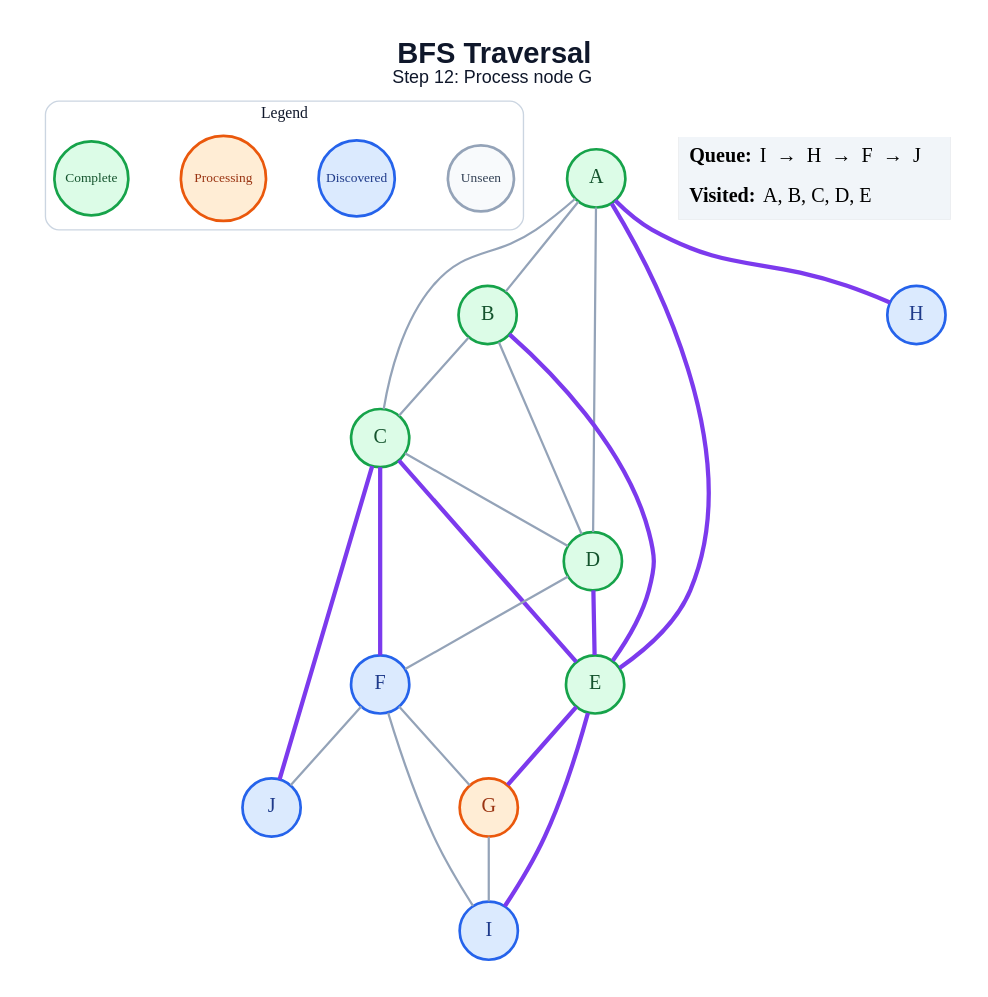
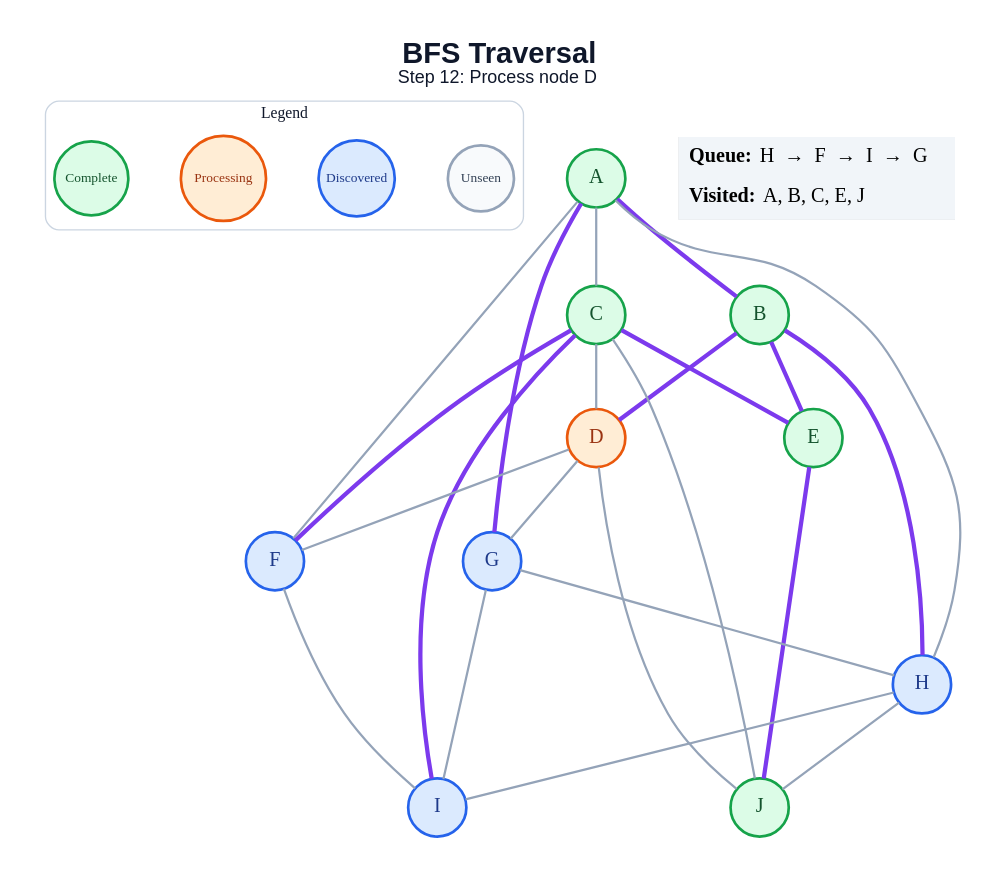
Before and after one commit to amanghodawala9/ai-slop: the diagram in generated/specific-node/bfs/step_12.dot, drawn with Graphviz. The commit also changed 178 other files, not shown here.

```diff
--- a/generated/specific-node/bfs/step_12.dot
+++ b/generated/specific-node/bfs/step_12.dot
@@ -1,49 +1,51 @@
 graph traversal {
   graph [layout=dot, rankdir=TB, bgcolor="#FFFFFF", pad="0.35", nodesep="0.65", ranksep="0.8", fontname="Arial"];
   node [shape=circle, style="filled", fontname="Arial Bold", fontsize=18, width=0.72, fixedsize=true, penwidth=2.4];
   edge [color="#94A3B8", penwidth=2.0];
-  label=<<B>BFS Traversal</B><BR/><FONT POINT-SIZE="16">Step 12: Process node G</FONT>>; labelloc="t"; fontsize=26; fontname="Arial"; fontcolor="#0F172A";
+  label=<<B>BFS Traversal</B><BR/><FONT POINT-SIZE="16">Step 12: Process node D</FONT>>; labelloc="t"; fontsize=26; fontname="Arial"; fontcolor="#0F172A";
   subgraph cluster_legend { label="Legend"; color="#CBD5E1"; penwidth=1.2; style="rounded"; fontsize=14; fontname="Arial Bold";
     key_unseen [label="Unseen", fillcolor="#F8FAFC", color="#94A3B8", fontcolor="#334155", fontsize=12, width=0.82];
     key_frontier [label="Discovered", fillcolor="#DBEAFE", color="#2563EB", fontcolor="#1E3A8A", fontsize=12, width=0.95];
     key_current [label="Processing", fillcolor="#FFEDD5", color="#EA580C", fontcolor="#9A3412", fontsize=12, width=1.05];
     key_done [label="Complete", fillcolor="#DCFCE7", color="#16A34A", fontcolor="#14532D", fontsize=12, width=0.92];
     { rank=same; key_unseen; key_frontier; key_current; key_done; }
   }
   A [fillcolor="#DCFCE7", color="#16A34A", fontcolor="#14532D"];
   B [fillcolor="#DCFCE7", color="#16A34A", fontcolor="#14532D"];
   C [fillcolor="#DCFCE7", color="#16A34A", fontcolor="#14532D"];
-  D [fillcolor="#DCFCE7", color="#16A34A", fontcolor="#14532D"];
+  D [fillcolor="#FFEDD5", color="#EA580C", fontcolor="#9A3412"];
   E [fillcolor="#DCFCE7", color="#16A34A", fontcolor="#14532D"];
   F [fillcolor="#DBEAFE", color="#2563EB", fontcolor="#1E3A8A"];
-  G [fillcolor="#FFEDD5", color="#EA580C", fontcolor="#9A3412"];
+  G [fillcolor="#DBEAFE", color="#2563EB", fontcolor="#1E3A8A"];
   H [fillcolor="#DBEAFE", color="#2563EB", fontcolor="#1E3A8A"];
   I [fillcolor="#DBEAFE", color="#2563EB", fontcolor="#1E3A8A"];
-  J [fillcolor="#DBEAFE", color="#2563EB", fontcolor="#1E3A8A"];
-  A -- B;
+  J [fillcolor="#DCFCE7", color="#16A34A", fontcolor="#14532D"];
+  A -- B [color="#7C3AED", penwidth=3.8];
   A -- C;
-  A -- D;
-  A -- E [color="#7C3AED", penwidth=3.8];
-  A -- H [color="#7C3AED", penwidth=3.8];
-  B -- C;
-  B -- D;
+  A -- F;
+  A -- G [color="#7C3AED", penwidth=3.8];
+  A -- H;
+  B -- D [color="#7C3AED", penwidth=3.8];
   B -- E [color="#7C3AED", penwidth=3.8];
+  B -- H [color="#7C3AED", penwidth=3.8];
   C -- D;
   C -- E [color="#7C3AED", penwidth=3.8];
   C -- F [color="#7C3AED", penwidth=3.8];
-  C -- J [color="#7C3AED", penwidth=3.8];
-  D -- E [color="#7C3AED", penwidth=3.8];
+  C -- I [color="#7C3AED", penwidth=3.8];
+  C -- J;
   D -- F;
-  E -- G [color="#7C3AED", penwidth=3.8];
-  E -- I [color="#7C3AED", penwidth=3.8];
-  F -- G;
+  D -- G;
+  D -- J;
+  E -- J [color="#7C3AED", penwidth=3.8];
   F -- I;
-  F -- J;
+  G -- H;
   G -- I;
+  H -- I;
+  H -- J;
   status [shape=plain, fixedsize=false, width=0, height=0, margin=0, label=<
     <TABLE BORDER="0" CELLBORDER="0" CELLPADDING="7" BGCOLOR="#F1F5F9">
-      <TR><TD ALIGN="LEFT"><B>Queue:</B> I  →  H  →  F  →  J</TD></TR>
-      <TR><TD ALIGN="LEFT"><B>Visited:</B> A, B, C, D, E</TD></TR>
+      <TR><TD ALIGN="LEFT"><B>Queue:</B> H  →  F  →  I  →  G</TD></TR>
+      <TR><TD ALIGN="LEFT"><B>Visited:</B> A, B, C, E, J</TD></TR>
     </TABLE>
   >];
 }
```
